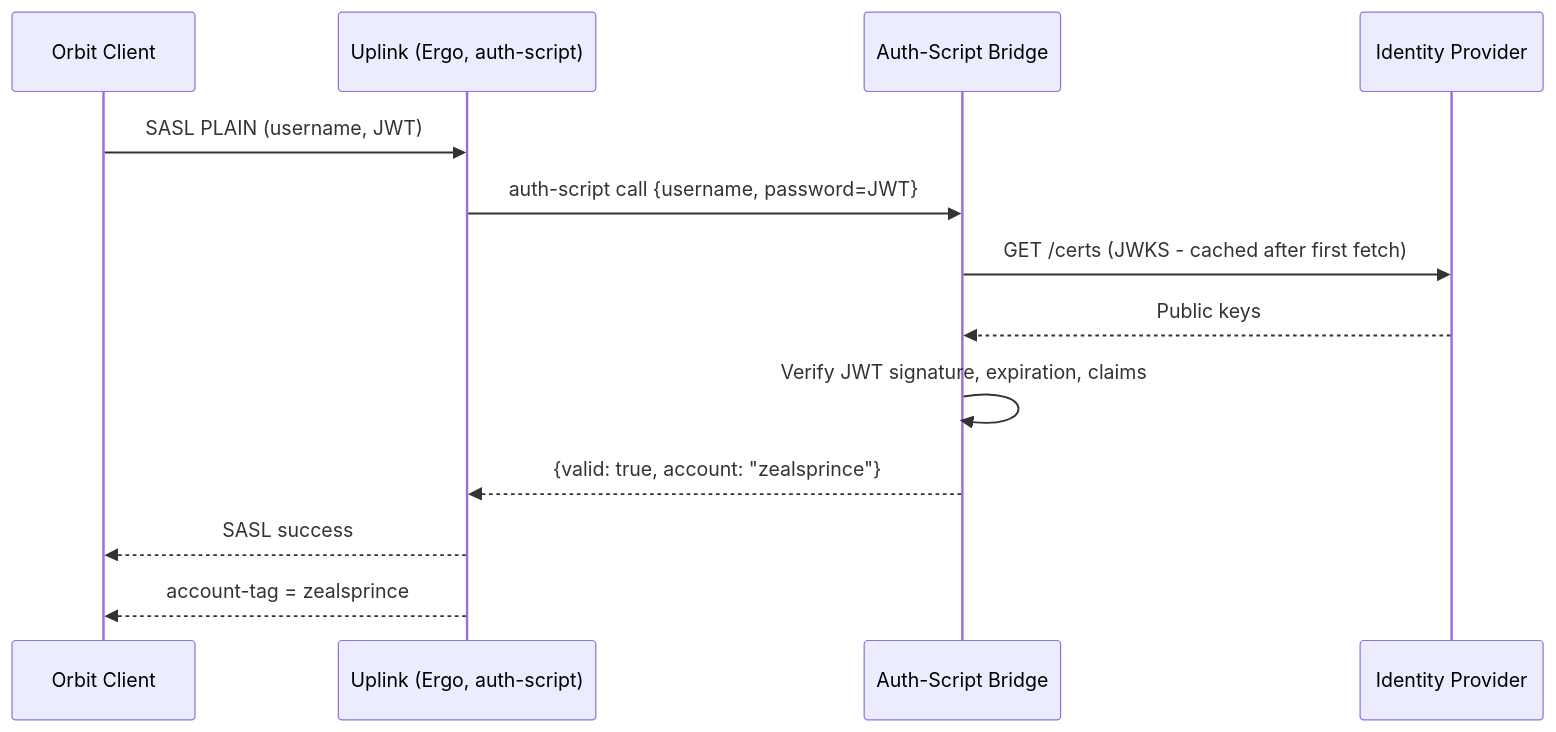
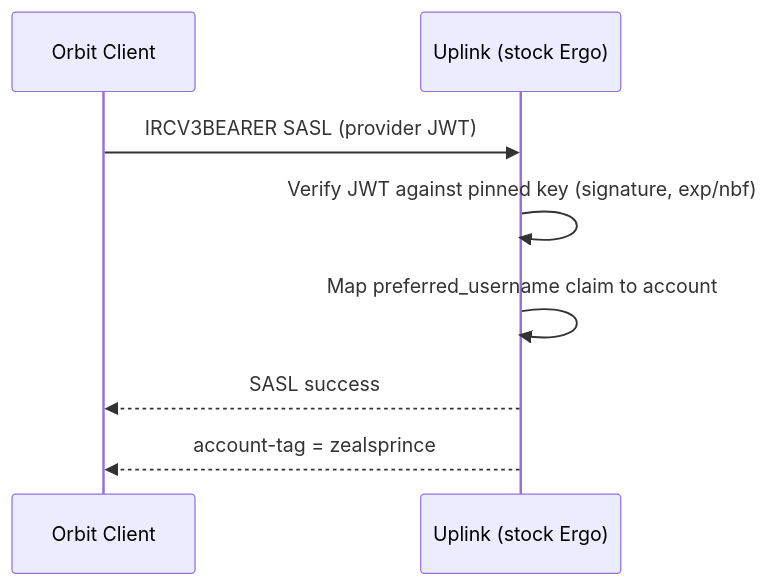
One commit to hivecom/orbit-spec changed the fifth of 5 diagrams in spec/02-components/04-transponder.md. Above: the diagram before and after it, drawn with Mermaid. The commit also changed other lines of this file and 8 other files, not shown here.

Commit message:
Clarify JWT verification paths: bridge and native

````diff
--- a/spec/02-components/04-transponder.md
+++ b/spec/02-components/04-transponder.md
@@ -148,16 +162,11 @@
 ```mermaid
 sequenceDiagram
     participant C as Orbit Client
-    participant GC as Uplink (Ergo, auth-script)
-    participant B as Auth-Script Bridge
-    participant IdP as Identity Provider
+    participant GC as Uplink (stock Ergo)
 
-    C->>GC: SASL PLAIN (username, JWT)
-    GC->>B: auth-script call {username, password=JWT}
-    B->>IdP: GET /certs (JWKS - cached after first fetch)
-    IdP-->>B: Public keys
-    B->>B: Verify JWT signature, expiration, claims
-    B-->>GC: {valid: true, account: "zealsprince"}
+    C->>GC: IRCV3BEARER SASL (provider JWT)
+    GC->>GC: Verify JWT against pinned key (signature, exp/nbf)
+    GC->>GC: Map preferred_username claim to account
     GC-->>C: SASL success
     GC-->>C: account-tag = zealsprince
 ```
````
